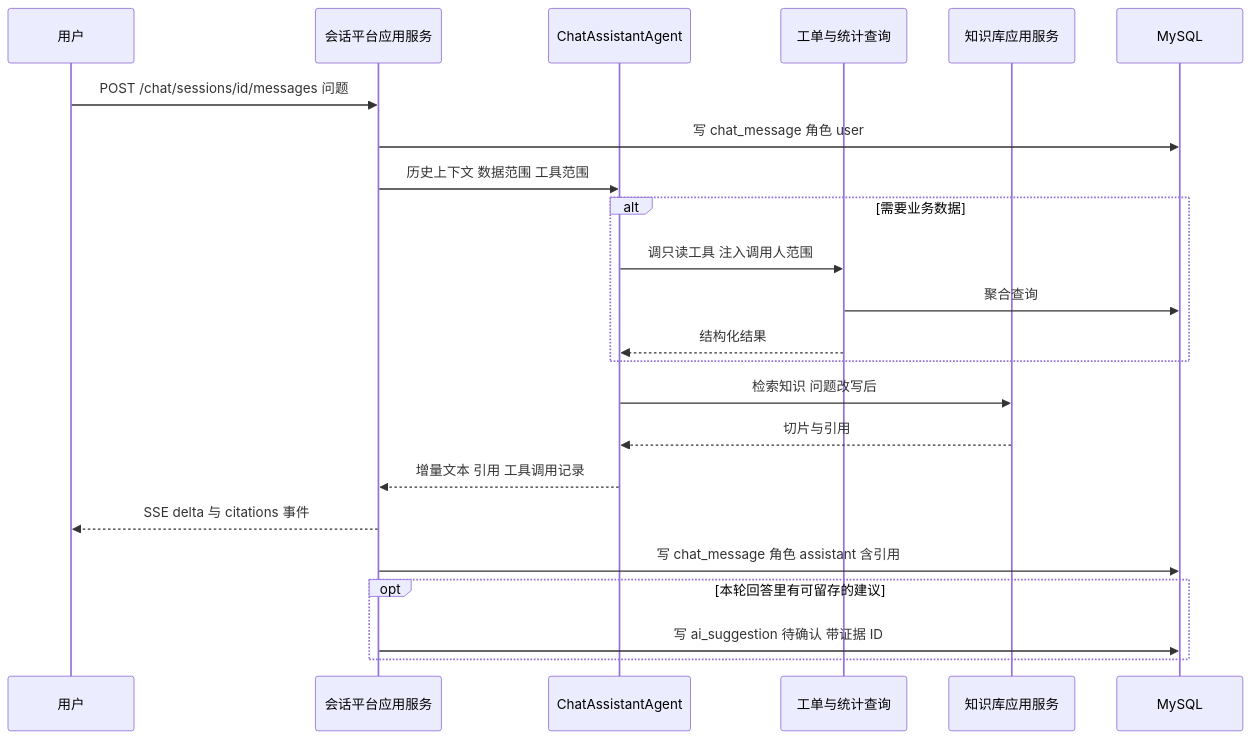
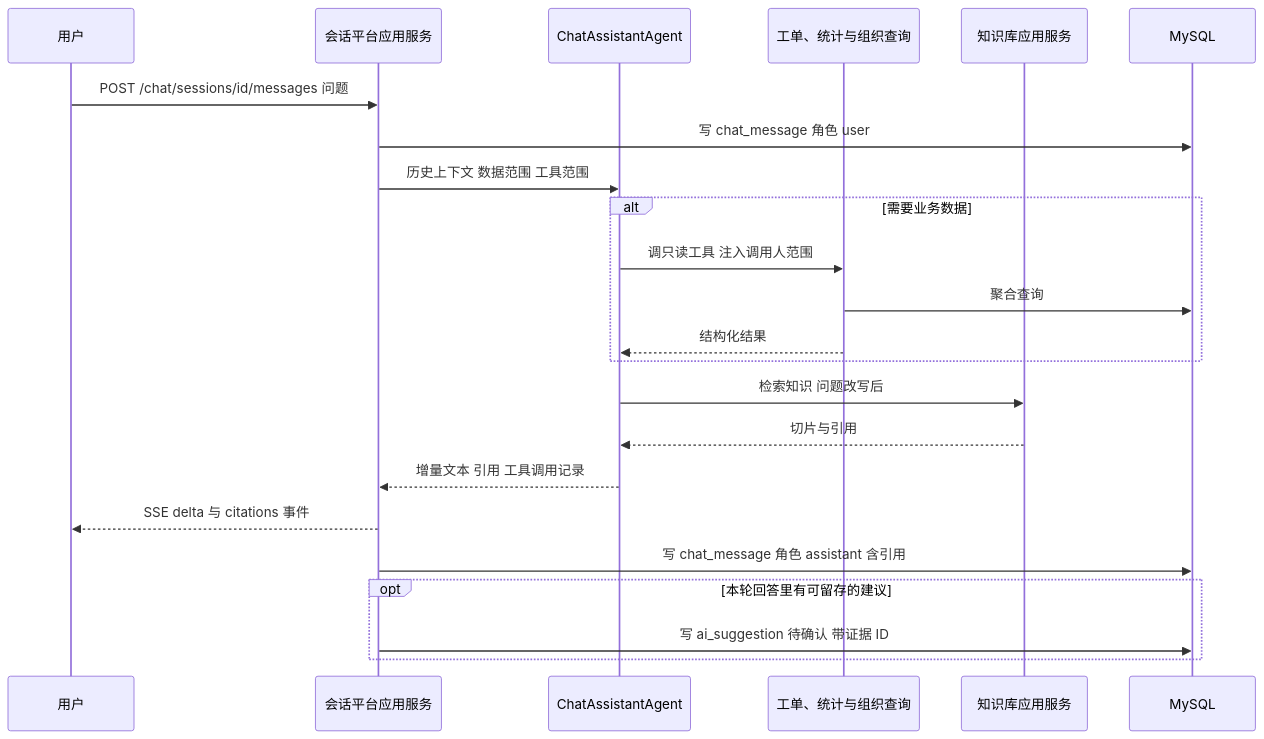
Before and after one commit to zhangxuanchen/TraceLink: the ninth of 13 diagrams in docs/DESIGN.md, drawn with Mermaid. The commit also changed other lines of this file and 121 other files, not shown here.

````diff
--- a/docs/DESIGN.md
+++ b/docs/DESIGN.md
@@ -694,26 +689,26 @@
 ```mermaid
 sequenceDiagram
     participant U as 用户
     participant C as 会话平台应用服务
     participant A as ChatAssistantAgent
-    participant T as 工单与统计查询
+    participant T as 工单、统计与组织查询
     participant K as 知识库应用服务
     participant DB as MySQL
 
     U->>C: POST /chat/sessions/id/messages 问题
     C->>DB: 写 chat_message 角色 user
     C->>A: 历史上下文 数据范围 工具范围
     alt 需要业务数据
         A->>T: 调只读工具 注入调用人范围
         T->>DB: 聚合查询
         T-->>A: 结构化结果
     end
     A->>K: 检索知识 问题改写后
     K-->>A: 切片与引用
     A-->>C: 增量文本 引用 工具调用记录
     C-->>U: SSE delta 与 citations 事件
     C->>DB: 写 chat_message 角色 assistant 含引用
     opt 本轮回答里有可留存的建议
         C->>DB: 写 ai_suggestion 待确认 带证据 ID
     end
 ```
````
